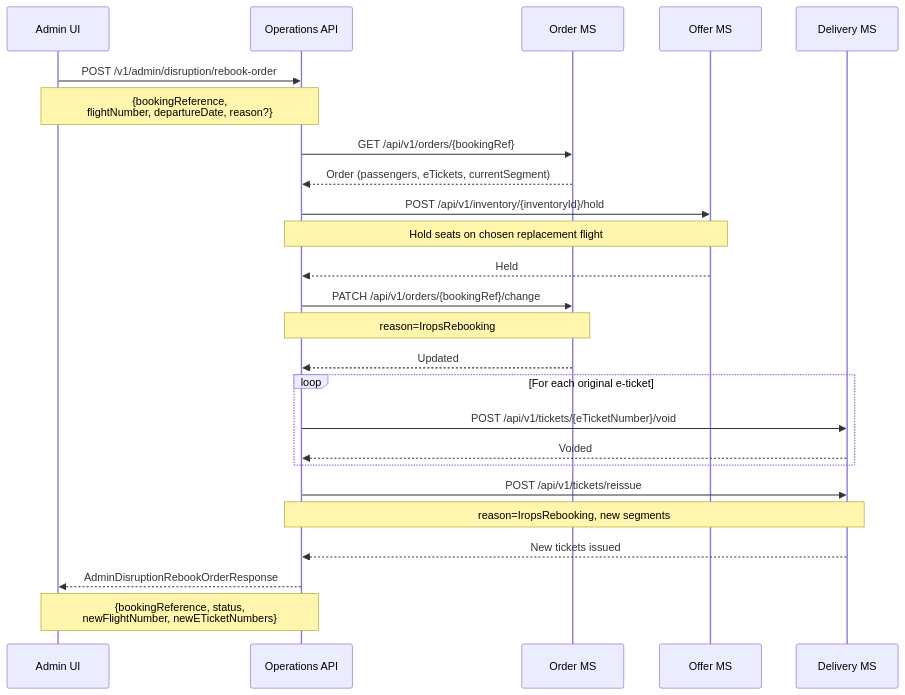
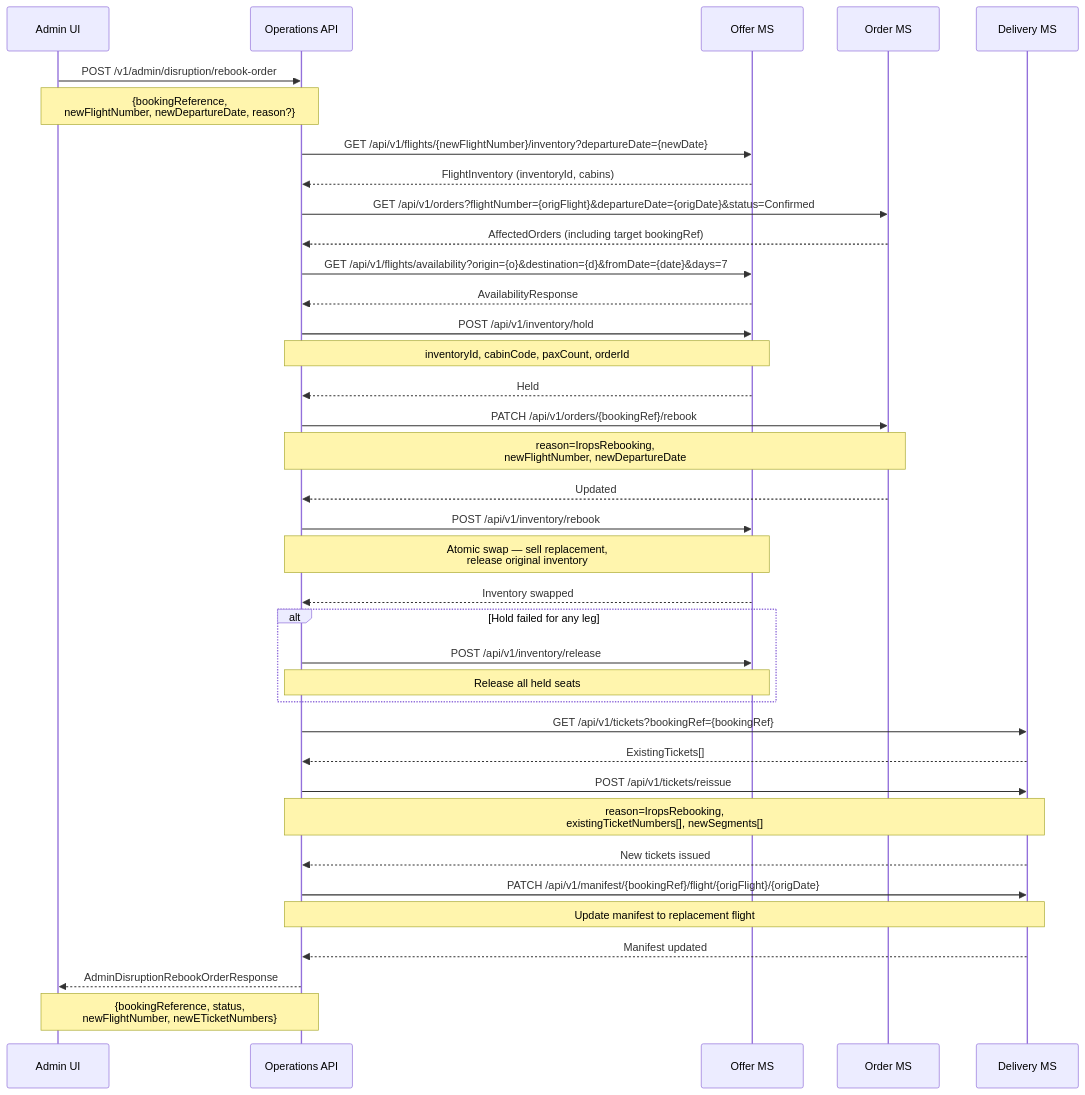
Before and after one commit to sebharvey/airline-reservation-system: the third of 7 diagrams in documentation/sequences/disruption.md, drawn with Mermaid. The commit also changed other lines of this file and 11 other files, not shown here.

````diff
--- a/documentation/sequences/disruption.md
+++ b/documentation/sequences/disruption.md
@@ -97,34 +113,51 @@
 ```mermaid
 sequenceDiagram
     participant Terminal as Admin UI
     participant OpsAPI as Operations API
+    participant OfferMS as Offer MS
     participant OrderMS as Order MS
-    participant OfferMS as Offer MS
     participant DeliveryMS as Delivery MS
 
     Terminal->>OpsAPI: POST /v1/admin/disruption/rebook-order
-    Note over Terminal,OpsAPI: {bookingReference,<br/>flightNumber, departureDate, reason?}
+    Note over Terminal,OpsAPI: {bookingReference,<br/>newFlightNumber, newDepartureDate, reason?}
 
-    OpsAPI->>OrderMS: GET /api/v1/orders/{bookingRef}
-    OrderMS-->>OpsAPI: Order (passengers, eTickets, currentSegment)
+    OpsAPI->>OfferMS: GET /api/v1/flights/{newFlightNumber}/inventory?departureDate={newDate}
+    OfferMS-->>OpsAPI: FlightInventory (inventoryId, cabins)
 
-    OpsAPI->>OfferMS: POST /api/v1/inventory/{inventoryId}/hold
-    Note over OpsAPI,OfferMS: Hold seats on chosen replacement flight
+    OpsAPI->>OrderMS: GET /api/v1/orders?flightNumber={origFlight}&departureDate={origDate}&status=Confirmed
+    OrderMS-->>OpsAPI: AffectedOrders (including target bookingRef)
+
+    OpsAPI->>OfferMS: GET /api/v1/flights/availability?origin={o}&destination={d}&fromDate={date}&days=7
+    OfferMS-->>OpsAPI: AvailabilityResponse
+
+    OpsAPI->>OfferMS: POST /api/v1/inventory/hold
+    Note over OpsAPI,OfferMS: inventoryId, cabinCode, paxCount, orderId
     OfferMS-->>OpsAPI: Held
 
-    OpsAPI->>OrderMS: PATCH /api/v1/orders/{bookingRef}/change
-    Note over OpsAPI,OrderMS: reason=IropsRebooking
+    OpsAPI->>OrderMS: PATCH /api/v1/orders/{bookingRef}/rebook
+    Note over OpsAPI,OrderMS: reason=IropsRebooking,<br/>newFlightNumber, newDepartureDate
     OrderMS-->>OpsAPI: Updated
 
-    loop For each original e-ticket
-        OpsAPI->>DeliveryMS: POST /api/v1/tickets/{eTicketNumber}/void
-        DeliveryMS-->>OpsAPI: Voided
+    OpsAPI->>OfferMS: POST /api/v1/inventory/rebook
+    Note over OpsAPI,OfferMS: Atomic swap — sell replacement,<br/>release original inventory
+    OfferMS-->>OpsAPI: Inventory swapped
+
+    alt Hold failed for any leg
+        OpsAPI->>OfferMS: POST /api/v1/inventory/release
+        Note over OpsAPI,OfferMS: Release all held seats
     end
 
+    OpsAPI->>DeliveryMS: GET /api/v1/tickets?bookingRef={bookingRef}
+    DeliveryMS-->>OpsAPI: ExistingTickets[]
+
     OpsAPI->>DeliveryMS: POST /api/v1/tickets/reissue
-    Note over OpsAPI,DeliveryMS: reason=IropsRebooking, new segments
+    Note over OpsAPI,DeliveryMS: reason=IropsRebooking,<br/>existingTicketNumbers[], newSegments[]
     DeliveryMS-->>OpsAPI: New tickets issued
+
+    OpsAPI->>DeliveryMS: PATCH /api/v1/manifest/{bookingRef}/flight/{origFlight}/{origDate}
+    Note over OpsAPI,DeliveryMS: Update manifest to replacement flight
+    DeliveryMS-->>OpsAPI: Manifest updated
 
     OpsAPI-->>Terminal: AdminDisruptionRebookOrderResponse
     Note over OpsAPI,Terminal: {bookingReference, status,<br/>newFlightNumber, newETicketNumbers}
 ```
````
